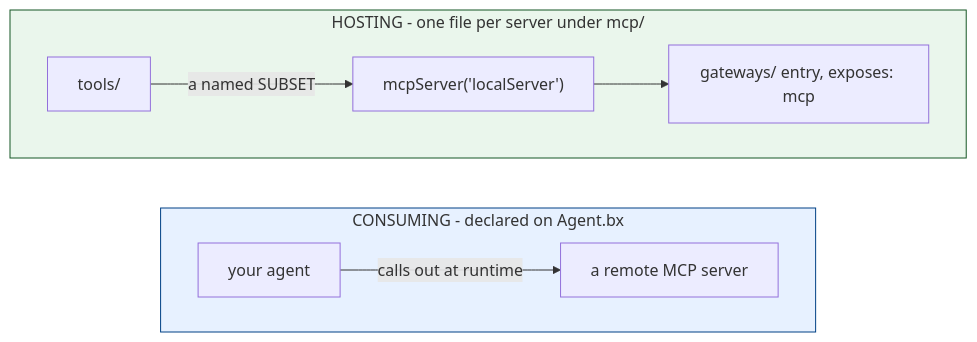
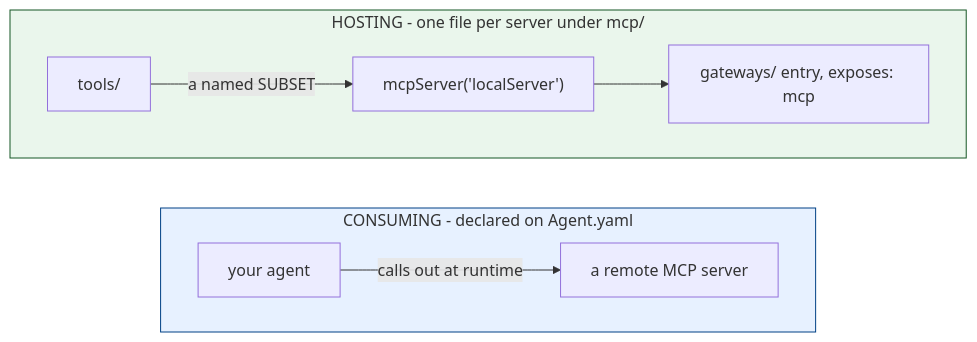
One commit to ortus-boxlang/bx-agents changed the diagram in docs/course/17-hosting-mcp-servers.md. Above: the diagram before and after it, drawn with Mermaid. The commit also changed other lines of this file and 110 other files, not shown here.

First line of the commit message:
Docs, specs and CLI text for Agent.yaml: new reference page, every page and its 1.0.x and Spanish copies, doctor image, changelog

````diff
--- a/docs/course/17-hosting-mcp-servers.md
+++ b/docs/course/17-hosting-mcp-servers.md
@@ -16,14 +16,14 @@
 ```mermaid
 flowchart LR
-    subgraph consume["CONSUMING - declared on Agent.bx"]
+    subgraph consume["CONSUMING - declared on Agent.yaml"]
         direction LR
         AG["your agent"] -->|"calls out at runtime"| RM["a remote MCP server"]
     end
     subgraph host["HOSTING - one file per server under mcp/"]
         direction LR
         TL["tools/"] -->|"a named SUBSET"| MS["mcpServer('localServer')"]
         MS --> GW["gateways/ entry, exposes: mcp"]
     end
     style consume fill:#e7f1ff,stroke:#004085
     style host fill:#eaf6ec,stroke:#155724
 ```
````
